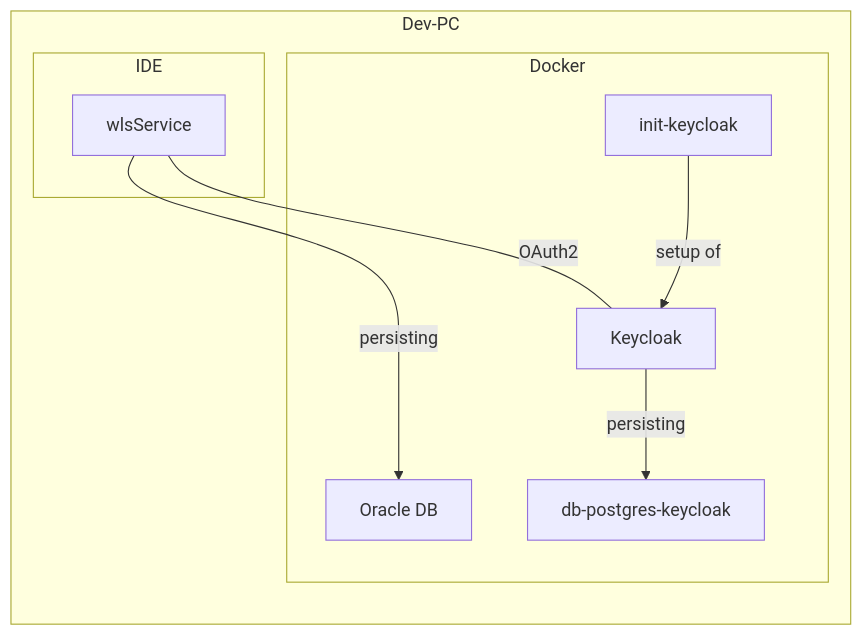
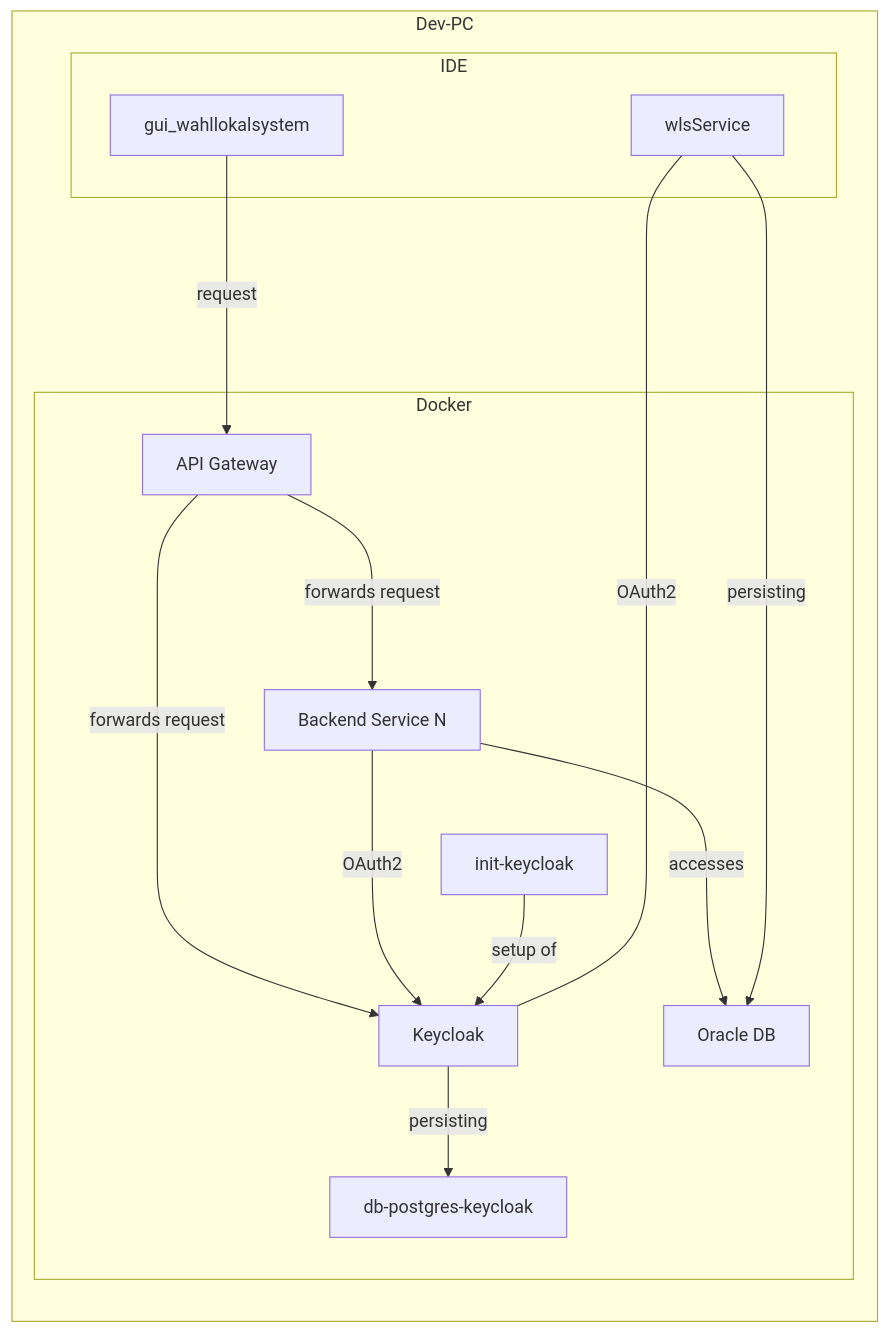
The diagram in docs/src/technik/development/index.md (it-at-m/Wahllokalsystem), drawn with Mermaid before and after one commit.

Commit message:
#564 update mermaid flowchart in docu

````diff
--- a/docs/src/technik/development/index.md
+++ b/docs/src/technik/development/index.md
@@ -5,22 +5,33 @@
 ```mermaid
 flowchart LR
     
     subgraph Dev-PC 
         subgraph IDE 
             wlsService
+            frontend_gui[gui_wahllokalsystem]
         end
         
         subgraph Docker 
             keycloak[Keycloak]
             keycloakDB[db-postgres-keycloak]
             keycloakInit[init-keycloak]
             oracleDB[Oracle DB]
+            apiGateway[API Gateway]
+            backendServiceN[Backend Service N]
         end
+
+        apiGateway --->|forwards request| keycloak
+        apiGateway --->|forwards request| backendServiceN
+
+        backendServiceN --->|accesses| oracleDB
+        backendServiceN --->|OAuth2| keycloak
+
+        frontend_gui --->|request| apiGateway
+
+        keycloak-->|persisting| keycloakDB
+        keycloakInit-->|setup of| keycloak
 
         wlsService ---|OAuth2| keycloak
         wlsService --->|persisting|oracleDB
-
-        keycloak-->|persisting| keycloakDB
-        keycloakInit-->|setup of| keycloak
     end
 ```
````
